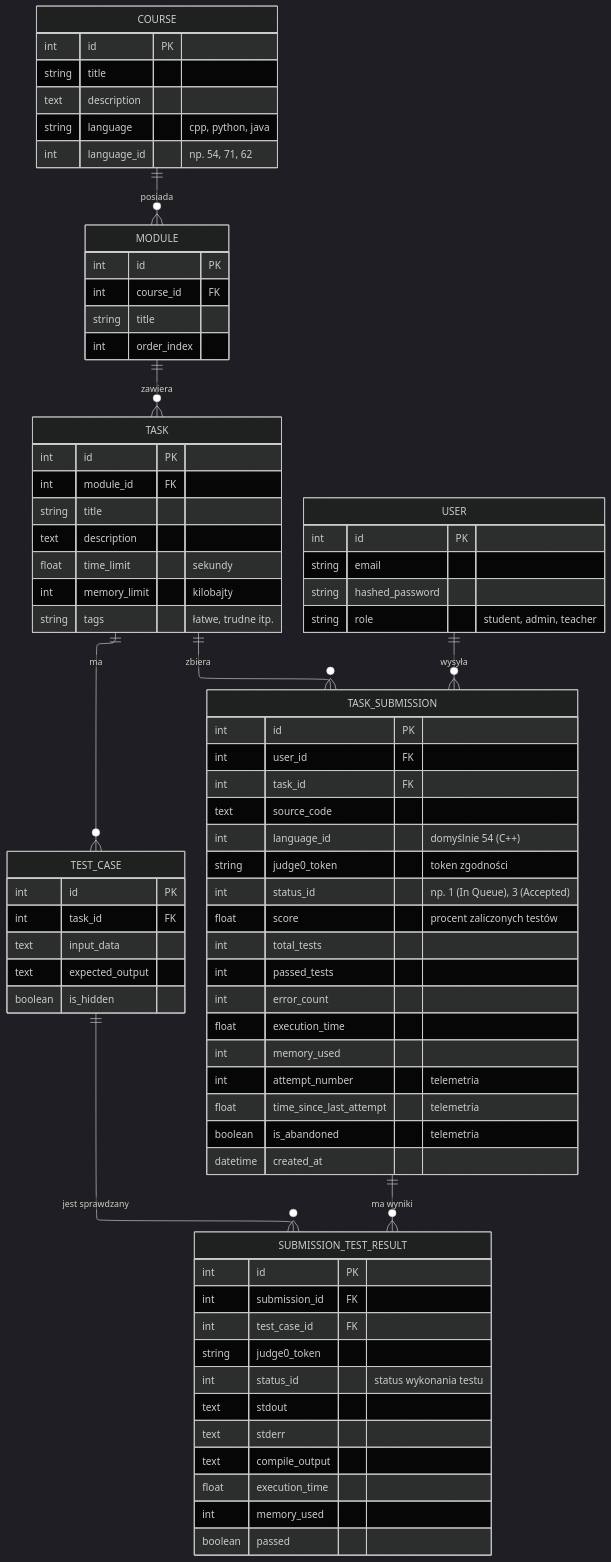
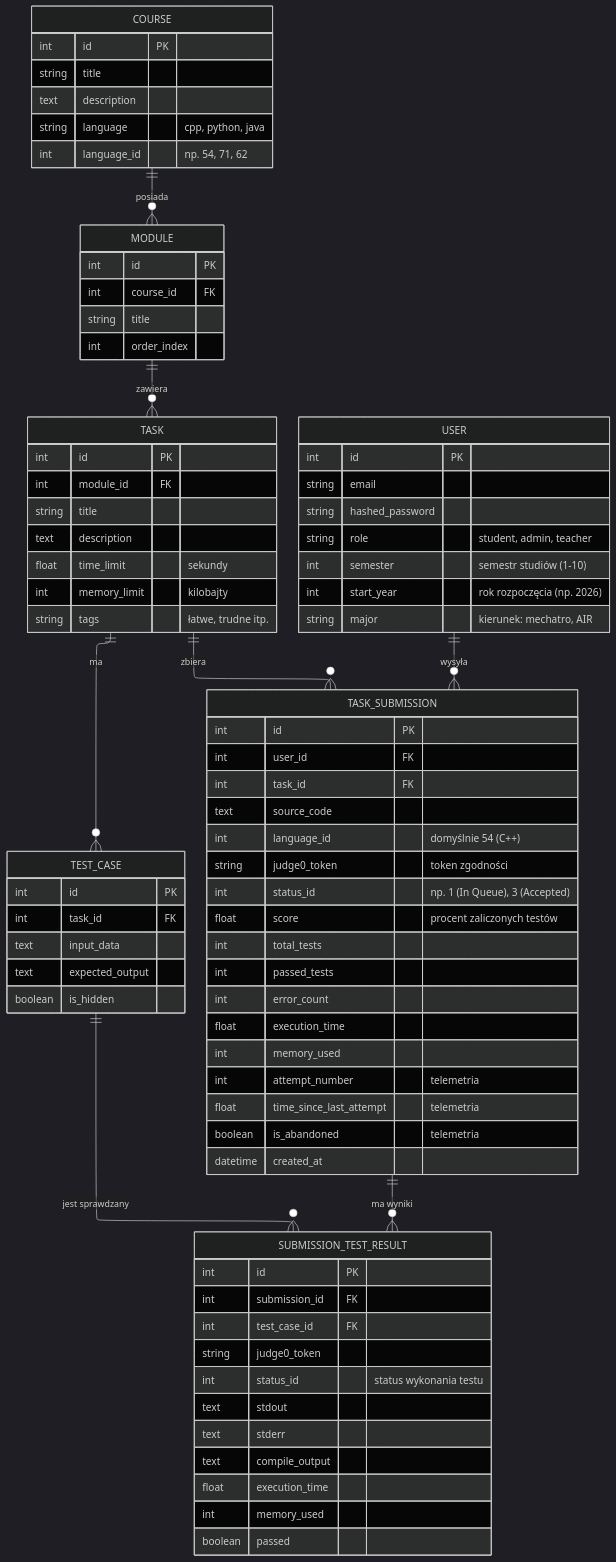
One commit to Kruciii/Mecha2Code changed the diagram in readme.md. Above: the diagram before and after it, drawn with Mermaid (dark theme). The commit also changed other lines of this file, not shown here.

Commit message:
Aktualizacja diagramu ERD o pola akademickie użytkownika (semester, start_year, major)

```diff
--- a/readme.md
+++ b/readme.md
@@ -54,6 +54,9 @@
         string email
         string hashed_password
         string role "student, admin, teacher"
+        int semester "semestr studiów (1-10)"
+        int start_year "rok rozpoczęcia (np. 2026)"
+        string major "kierunek: mechatro, AIR"
     }
 
     TASK_SUBMISSION {
```
